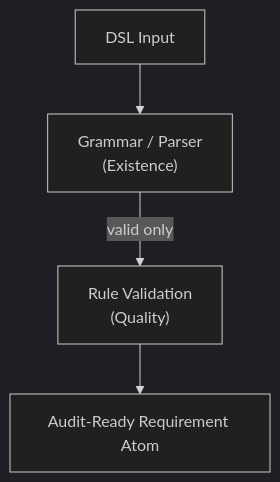
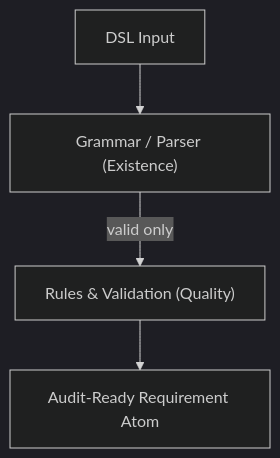
Before and after one commit to rock-the-prototype/dsl-core: the diagram in README.md, drawn with Mermaid (dark theme).

Commit message:
Update Mermaid diagram labels in README.md

````diff
--- a/README.md
+++ b/README.md
@@ -8,12 +8,12 @@
 ```mermaid
 flowchart TD
     A[DSL Input]
-    B["Grammar / Parser\n(Existence)"]
-    C["Rule Validation\n(Quality)"]
+    B["Grammar / Parser (Existence)"]
+    C["Rules & Validation (Quality)"]
     D[Audit-Ready Requirement Atom]
 
     A --> B
     B -->|valid only| C
     C --> D
 
 ```
````
